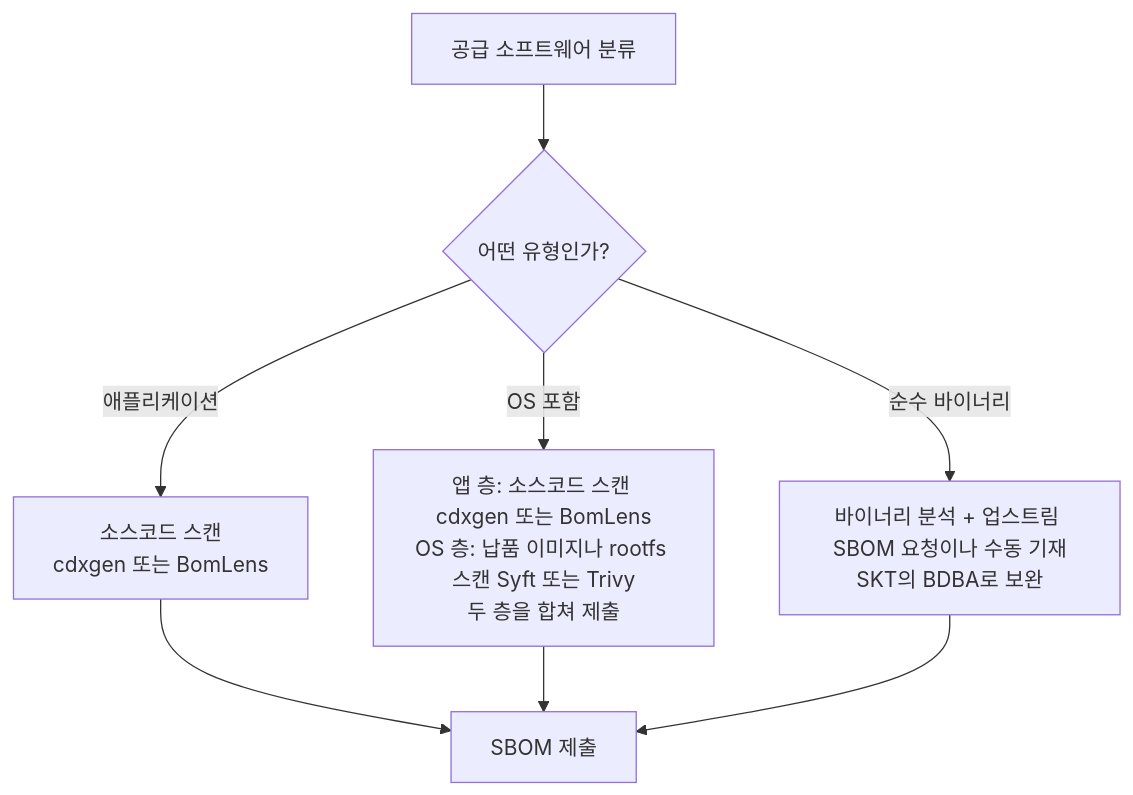
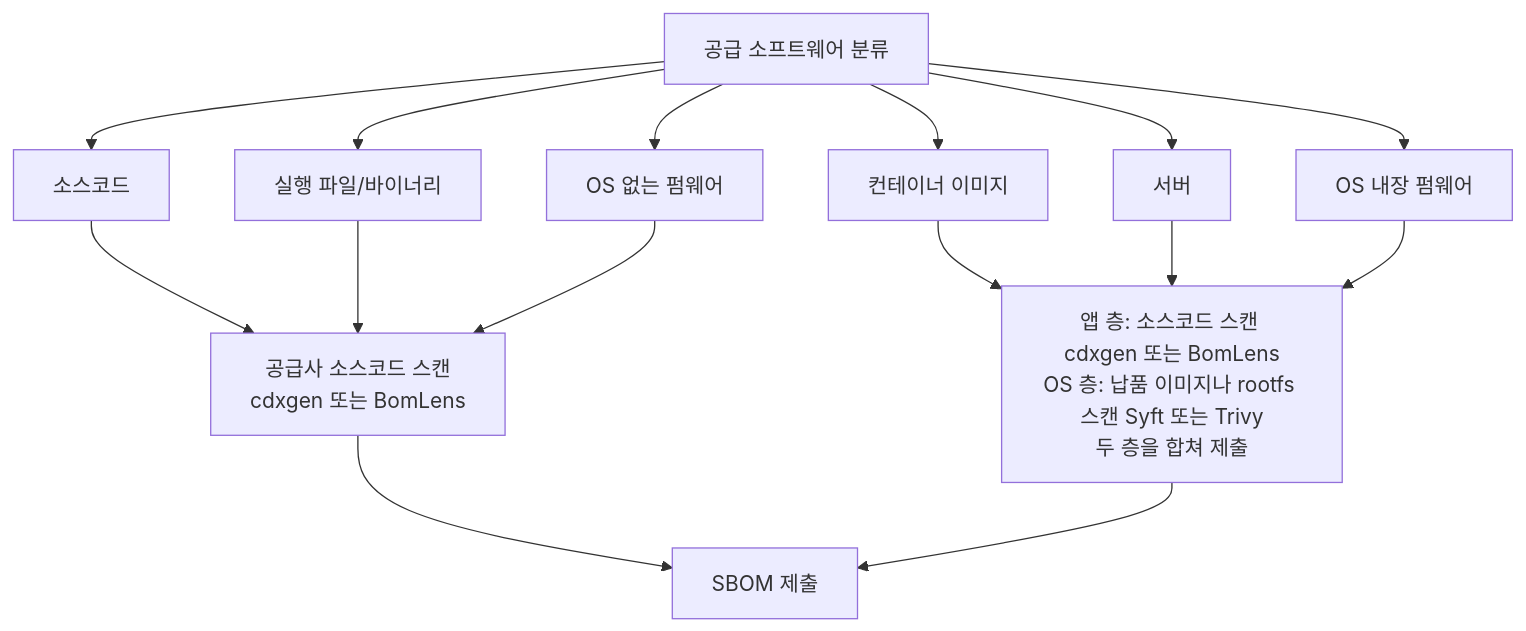
One commit to sktelecom/sktelecom.github.io changed the diagram in content/ko/guide/supply-chain/for-suppliers/creation-guide/_index.md. Above: the diagram before and after it, drawn with Mermaid. The commit also changed other lines of this file and 1 other file, not shown here.

Commit message:
docs(supply-chain): scan source for every delivery form, merge types by scan method

````diff
--- a/content/ko/guide/supply-chain/for-suppliers/creation-guide/_index.md
+++ b/content/ko/guide/supply-chain/for-suppliers/creation-guide/_index.md
@@ -14,10 +14,17 @@
 ```mermaid
 graph TD
-    A[공급 소프트웨어 분류] --> Q{어떤 유형인가?}
-    Q -->|애플리케이션| S1[소스코드 스캔<br>cdxgen 또는 BomLens]
-    Q -->|OS 포함| S2[앱 층: 소스코드 스캔 cdxgen 또는 BomLens<br>OS 층: 납품 이미지나 rootfs 스캔 Syft 또는 Trivy<br>두 층을 합쳐 제출]
-    Q -->|순수 바이너리| S3[바이너리 분석 + 업스트림 SBOM 요청이나 수동 기재<br>SKT의 BDBA로 보완]
-    S1 --> P[SBOM 제출]
-    S2 --> P
-    S3 --> P
+    A[공급 소프트웨어 분류] --> T1[소스코드]
+    A --> T2[실행 파일/바이너리]
+    A --> T3[OS 없는 펌웨어]
+    A --> T4[컨테이너 이미지]
+    A --> T5[서버]
+    A --> T6[OS 내장 펌웨어]
+    T1 --> M1[공급사 소스코드 스캔<br>cdxgen 또는 BomLens]
+    T2 --> M1
+    T3 --> M1
+    T4 --> M2[앱 층: 소스코드 스캔 cdxgen 또는 BomLens<br>OS 층: 납품 이미지나 rootfs 스캔 Syft 또는 Trivy<br>두 층을 합쳐 제출]
+    T5 --> M2
+    T6 --> M2
+    M1 --> P[SBOM 제출]
+    M2 --> P
 ```
````
